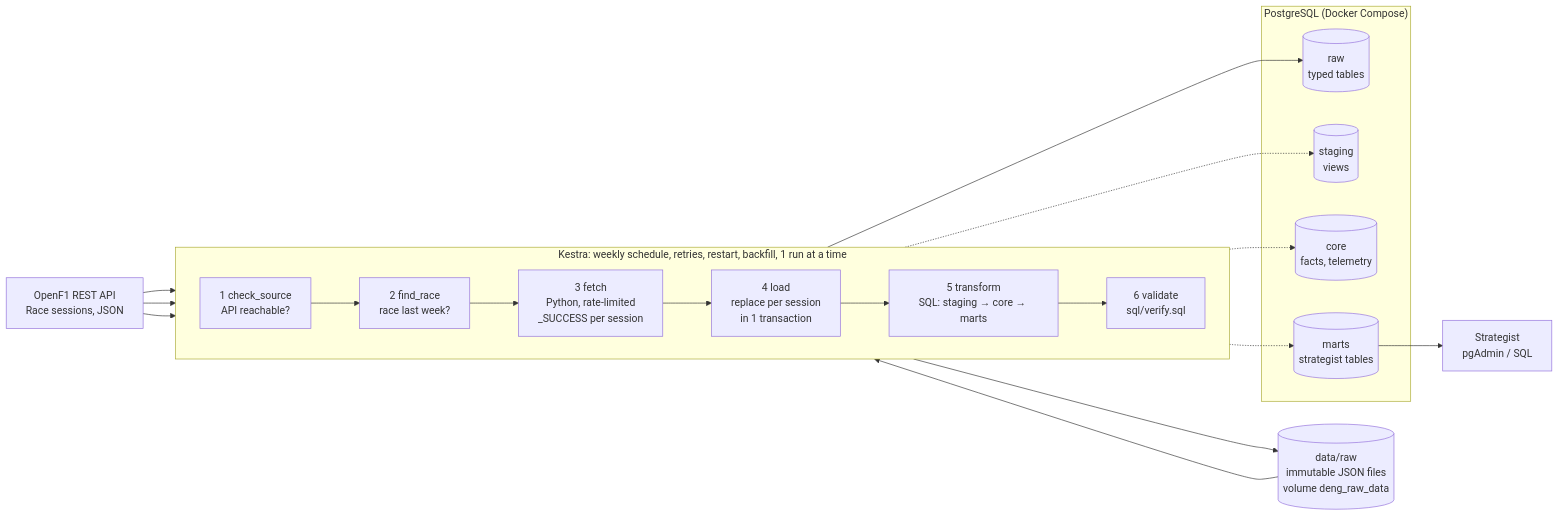
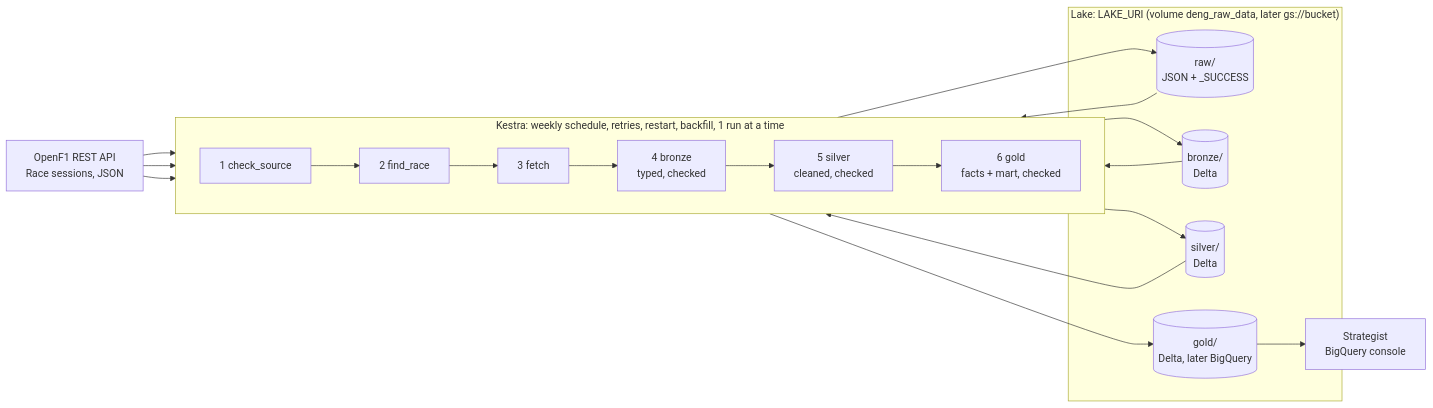
One commit to FloHoliday/DENG changed the diagram in README.md. Above: the diagram before and after it, drawn with Mermaid. The commit also changed other lines of this file, not shown here.

````diff
--- a/README.md
+++ b/README.md
@@ -503,30 +529,25 @@
 ```mermaid
 flowchart LR
     source["OpenF1 REST API<br/>Race sessions, JSON"]
 
     subgraph kestra["Kestra: weekly schedule, retries, restart, backfill, 1 run at a time"]
         direction LR
-        check["1 check_source<br/>API reachable?"]
-        find["2 find_race<br/>race last week?"]
-        fetch["3 fetch<br/>Python, rate-limited<br/>_SUCCESS per session"]
-        load["4 load<br/>replace per session<br/>in 1 transaction"]
-        transform["5 transform<br/>SQL: staging → core → marts"]
-        validate["6 validate<br/>sql/verify.sql"]
-        check --> find --> fetch --> load --> transform --> validate
+        check["1 check_source"]
+        find["2 find_race"]
+        fetch["3 fetch"]
+        bronze["4 bronze<br/>typed, checked"]
+        silver["5 silver<br/>cleaned, checked"]
+        gold["6 gold<br/>facts + mart, checked"]
+        check --> find --> fetch --> bronze --> silver --> gold
     end
 
-    raw[("data/raw<br/>immutable JSON files<br/>volume deng_raw_data")]
-    subgraph pg["PostgreSQL (Docker Compose)"]
-        rawdb[("raw<br/>typed tables")]
-        staging[("staging<br/>views")]
-        core[("core<br/>facts, telemetry")]
-        marts[("marts<br/>strategist tables")]
+    subgraph lake["Lake: LAKE_URI (volume deng_raw_data, later gs://bucket)"]
+        raw[("raw/<br/>JSON + _SUCCESS")]
+        b[("bronze/<br/>Delta")]
+        s[("silver/<br/>Delta")]
+        g[("gold/<br/>Delta, later BigQuery")]
     end
-    user["Strategist<br/>pgAdmin / SQL"]
-    source --> check
-    source --> find
-    source --> fetch
-    fetch --> raw --> load --> rawdb
-    transform -.-> staging & core & marts
-    marts --> user
+    user["Strategist<br/>BigQuery console"]
+    source --> check & find & fetch
+    fetch --> raw --> bronze --> b --> silver --> s --> gold --> g --> user
 ```
````
